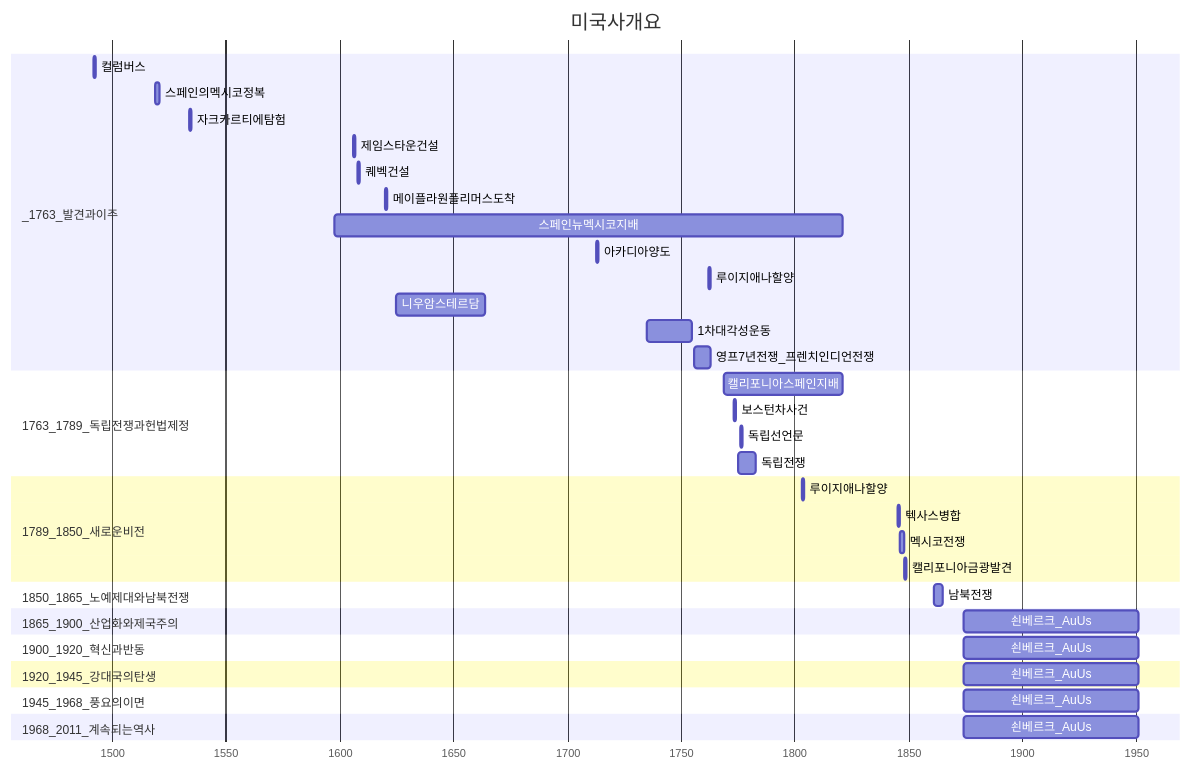
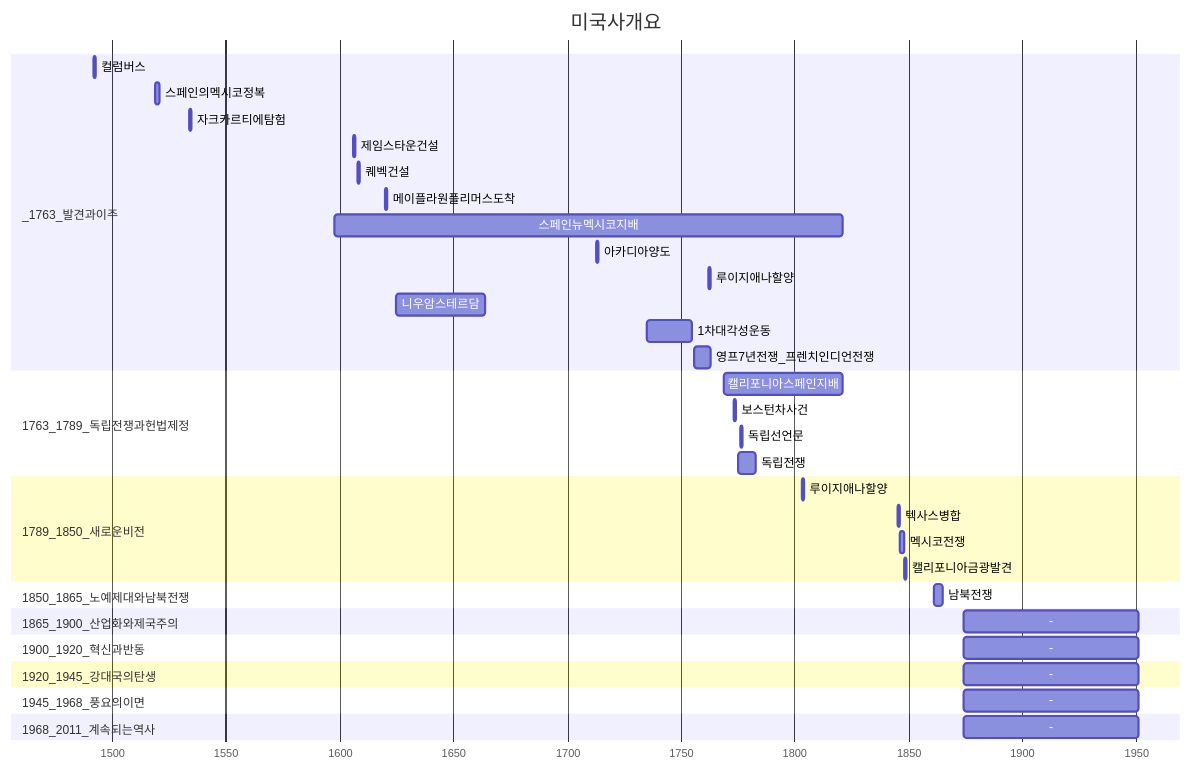
One commit to daewonyoon/historigram changed the first of 2 diagrams in 세계사/미국사개요.md. Above: the diagram before and after it, drawn with Mermaid. The commit also changed 2 other files, not shown here.

Commit message:
그냥 역사 ... 끄적끄적.

````diff
--- a/세계사/미국사개요.md
+++ b/세계사/미국사개요.md
@@ -1,56 +1,56 @@
 ```mermaid
 gantt
 	title 미국사개요
 	dateFormat YYYY
 	axisFormat %Y
 	
 	section _1763_발견과이주
 	컬럼버스 : 1492, 1493
 	스페인의멕시코정복 : 1519, 1521
 	자크카르티에탐험 : 1534, 1535
 	제임스타운건설 : 1606, 1607
 	퀘벡건설 : 1608, 1609
 	메이플라원플리머스도착 : 1620, 1621
 	스페인뉴멕시코지배 : 1598, 1821
 	아카디아양도 : 1713, 1714
 	루이지애나할양 : 1762, 1763
 
 	니우암스테르담 : 1625, 1664
 	1차대각성운동 : 1735, 1755
 	영프7년전쟁_프렌치인디언전쟁 : 1756, 1763
 	
 	section 1763_1789_독립전쟁과헌법제정
 	캘리포니아스페인지배 : 1769, 1821
 	보스턴차사건 : 1773, 1774
 	독립선언문 : 1776, 1777
 	독립전쟁 : 1775, 1783
 
 	
 	section 1789_1850_새로운비전
 	루이지애나할양 : 1803, 1804
 	텍사스병합 : 1845, 1846
 	멕시코전쟁 : 1846, 1848
 	캘리포니아금광발견 : 1848, 1849
 	
 	
 	section 1850_1865_노예제대와남북전쟁
 	남북전쟁 : 1861, 1865
 	
 	section 1865_1900_산업화와제국주의
-	쇤베르크_AuUs: 1874, 1951
+	-: 1874, 1951
 	
 	section 1900_1920_혁신과반동
-	쇤베르크_AuUs: 1874, 1951
+	-: 1874, 1951
 	
 	section 1920_1945_강대국의탄생
-	쇤베르크_AuUs: 1874, 1951
+	-: 1874, 1951
 	
 	section 1945_1968_풍요의이면
-	쇤베르크_AuUs: 1874, 1951
+	-: 1874, 1951
 	
 	section 1968_2011_계속되는역사
-	쇤베르크_AuUs: 1874, 1951
+	-: 1874, 1951
 	
 	
 
 ```
````
